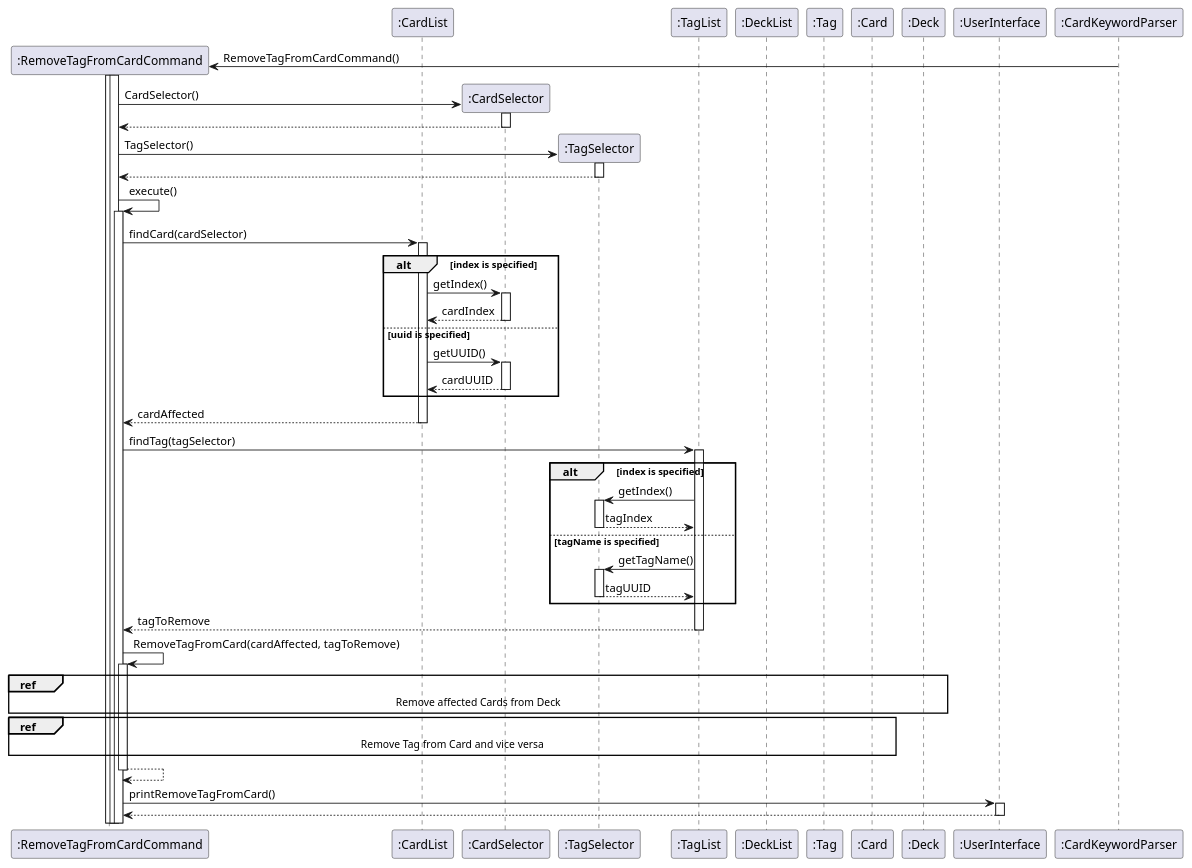
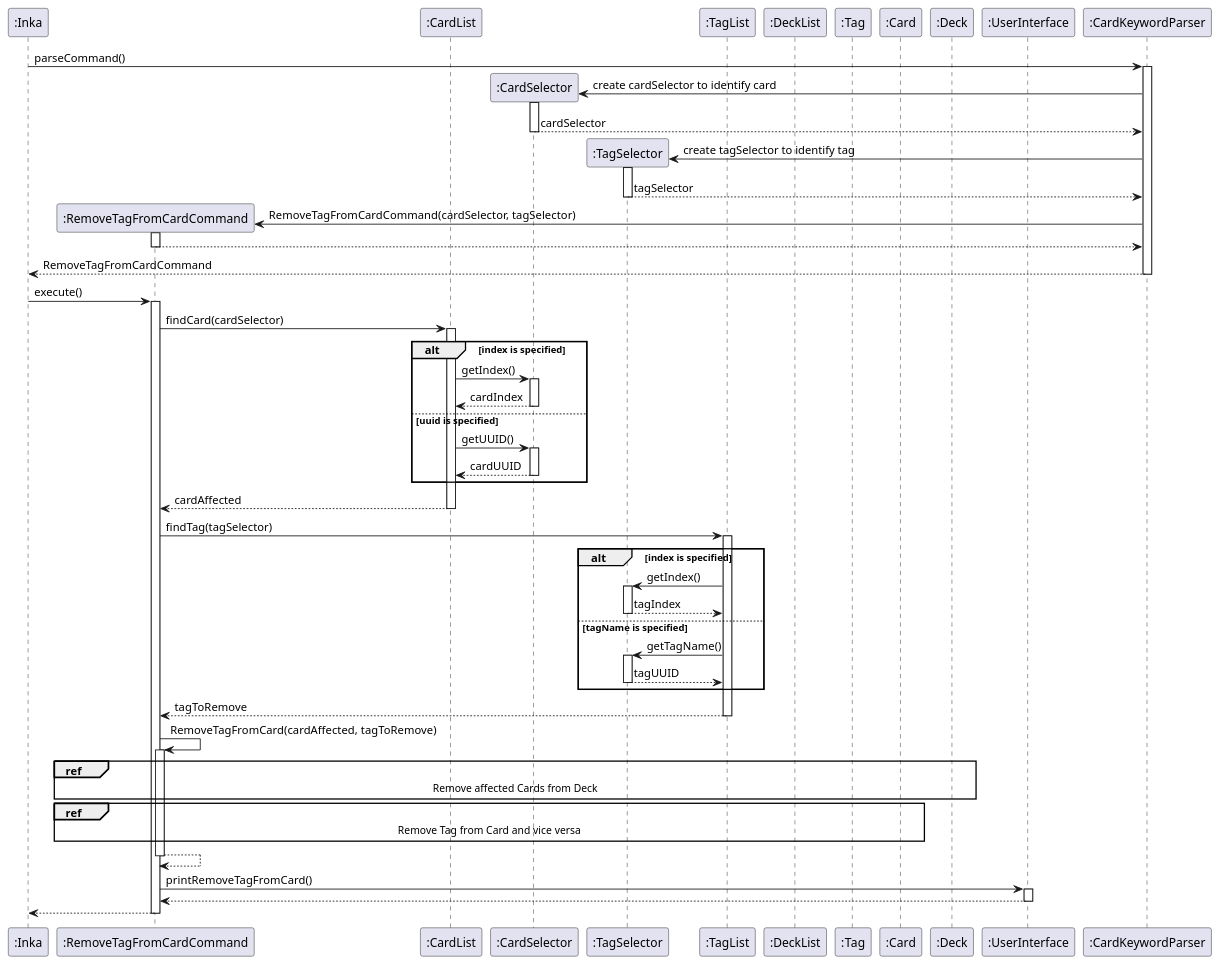
Before and after one commit to nus-cs2113-AY2223S2/tp: the diagram in docs/uml/CardUntagSequence.puml, drawn with PlantUML. The commit also changed 9 other files, not shown here.

Commit message:
Update sequence diagrams for more accurate constructor calls and etc

```diff
--- a/docs/uml/CardUntagSequence.puml
+++ b/docs/uml/CardUntagSequence.puml
@@ -1,92 +1,98 @@
 @startuml
 autoactivate on
 
+participant ":Inka" as Inka
 participant ":RemoveTagFromCardCommand" as RemoveTagFromCardCommand
 participant ":TagList" as TagList
 participant ":CardList" as CardList
 participant ":CardSelector" as CardSelector
 participant ":TagSelector" as TagSelector
 participant ":TagList" as TagList
 participant ":DeckList" as DeckList
 participant ":Tag" as Tag
 participant ":Card" as Card
 participant ":Deck" as Deck
 participant ":UserInterface" as UserInterface
 participant ":CardKeywordParser" as CardKeywordParser
 
+Inka -> CardKeywordParser : parseCommand()
+
+Create CardSelector
+CardKeywordParser -> CardSelector : create cardSelector to identify card
+return cardSelector
+
+Create TagSelector
+CardKeywordParser -> TagSelector : create tagSelector to identify tag
+return tagSelector
 
 Create RemoveTagFromCardCommand
-CardKeywordParser -> RemoveTagFromCardCommand : RemoveTagFromCardCommand()
-activate RemoveTagFromCardCommand
-
-Create CardSelector
-RemoveTagFromCardCommand -> CardSelector : CardSelector()
+CardKeywordParser -> RemoveTagFromCardCommand : RemoveTagFromCardCommand(cardSelector, tagSelector)
 return
 
-Create TagSelector
-RemoveTagFromCardCommand -> TagSelector : TagSelector()
-return
+return RemoveTagFromCardCommand
 
-RemoveTagFromCardCommand -> RemoveTagFromCardCommand: execute()
+Inka -> RemoveTagFromCardCommand: execute()
 RemoveTagFromCardCommand -> CardList : findCard(cardSelector)
 
 alt index is specified
 CardList -> CardSelector : getIndex()
 return cardIndex
 else uuid is specified
 CardList -> CardSelector : getUUID()
 return cardUUID
 end
 return cardAffected
 
 
 RemoveTagFromCardCommand -> TagList : findTag(tagSelector)
 
 alt index is specified
 TagList -> TagSelector : getIndex()
 return tagIndex
 else tagName is specified
 TagList -> TagSelector : getTagName()
 return tagUUID
 end
 return tagToRemove
 
 RemoveTagFromCardCommand -> RemoveTagFromCardCommand : RemoveTagFromCard(cardAffected, tagToRemove)
 
 
 ref over RemoveTagFromCardCommand, Tag, DeckList, Deck
 Remove affected Cards from Deck
 end ref
 
 'opt tagToRemove.isDeckEmpty()
 'RemoveTagFromCardCommand -> Tag : getDecks()
 'return decksUUIDArr
 'loop curr uuid of decksUUIDArr != null
 'RemoveTagFromCardCommand -> DeckList : findDeckFromUUID(deckUUID)
 'return affectedDeck
 'RemoveTagFromCardCommand -> Deck : removeCardFromMap(cardAffected)
 '
 'end loop
 'end
 
 ref over RemoveTagFromCardCommand, Tag, Card
 Remove Tag from Card and vice versa
 end ref
 
 'opt cardAffected.getUUID() != null
 'RemoveTagFromCardCommand -> Card : getUUID()
 'return cardUUID
 'RemoveTagFromCardCommand -> Tag : removeCard(cardUUID)
 'return
 'RemoveTagFromCardCommand -> Tag : getUUID()
 'return tagUUID
 'RemoveTagFromCardCommand -> Card : removeTag(tagUUID)
 'return
 
 'end
 return
 
 RemoveTagFromCardCommand -> UserInterface : printRemoveTagFromCard()
 return
 
+return
+
 @enduml
```
